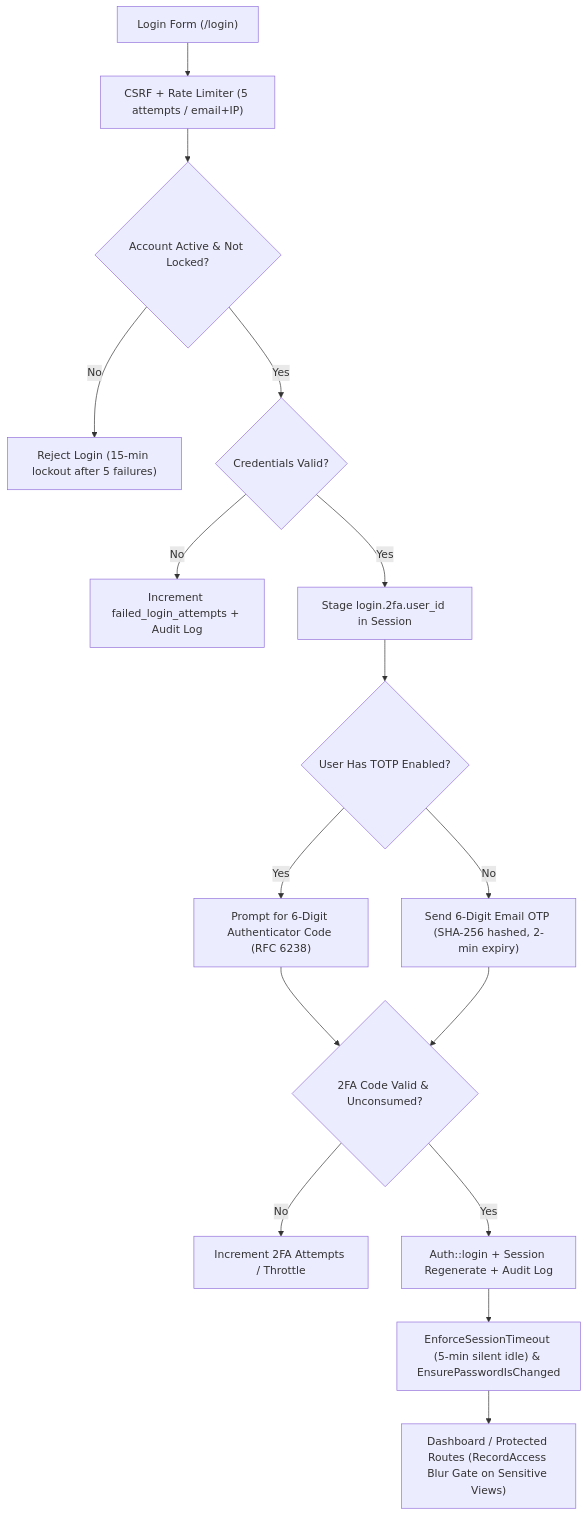
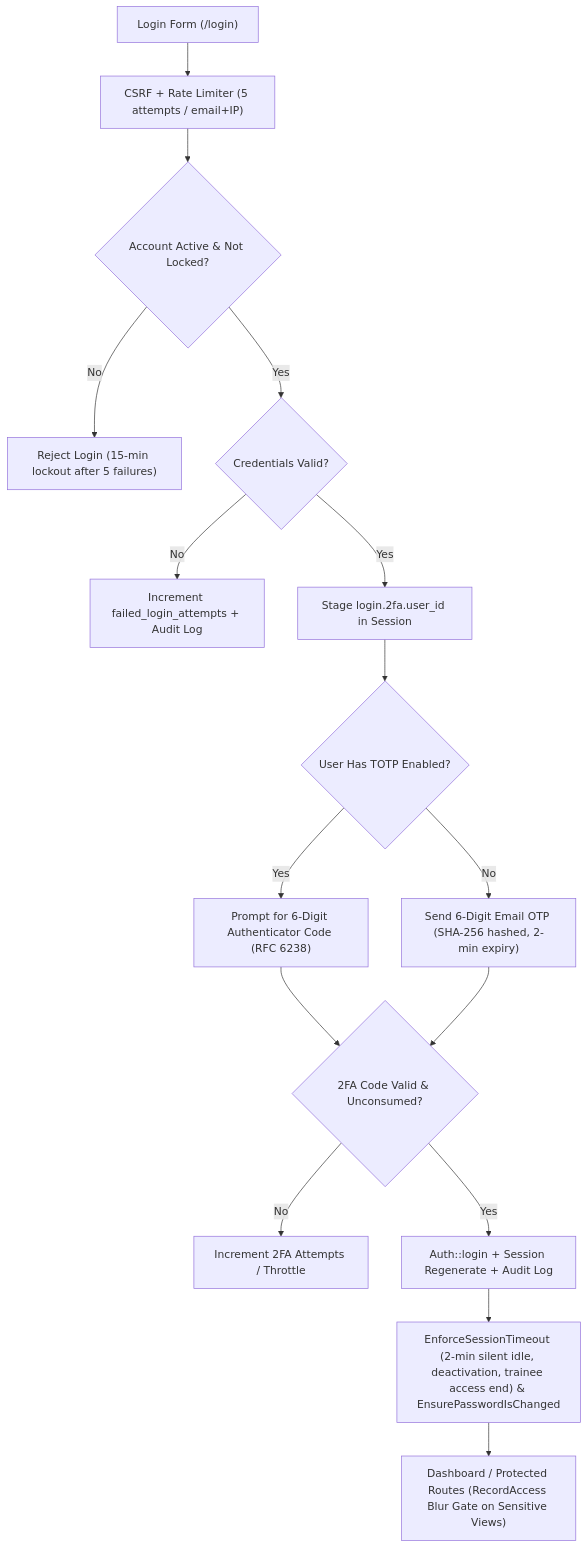
One commit to shikabane277/HIMS-v2 changed the third of 3 diagrams in HIMS_SYSTEM_DOCUMENTATION.md. Above: the diagram before and after it, drawn with Mermaid. The commit also changed other lines of this file and 90 other files, not shown here.

````diff
--- a/HIMS_SYSTEM_DOCUMENTATION.md
+++ b/HIMS_SYSTEM_DOCUMENTATION.md
@@ -1470,18 +1481,18 @@
 ```mermaid
 graph TD
     A["Login Form (/login)"] --> B["CSRF + Rate Limiter (5 attempts / email+IP)"]
     B --> C{"Account Active & Not Locked?"}
     C -- No --> D["Reject Login (15-min lockout after 5 failures)"]
     C -- Yes --> E{"Credentials Valid?"}
     E -- No --> F["Increment failed_login_attempts + Audit Log"]
     E -- Yes --> G["Stage login.2fa.user_id in Session"]
     G --> H{"User Has TOTP Enabled?"}
     H -- Yes --> I["Prompt for 6-Digit Authenticator Code (RFC 6238)"]
     H -- No --> J["Send 6-Digit Email OTP (SHA-256 hashed, 2-min expiry)"]
     I --> K{"2FA Code Valid & Unconsumed?"}
     J --> K
     K -- No --> L["Increment 2FA Attempts / Throttle"]
     K -- Yes --> M["Auth::login + Session Regenerate + Audit Log"]
-    M --> N["EnforceSessionTimeout (5-min silent idle) & EnsurePasswordIsChanged"]
+    M --> N["EnforceSessionTimeout (2-min silent idle, deactivation, trainee access end) & EnsurePasswordIsChanged"]
     N --> O["Dashboard / Protected Routes (RecordAccess Blur Gate on Sensitive Views)"]
 ```
````
